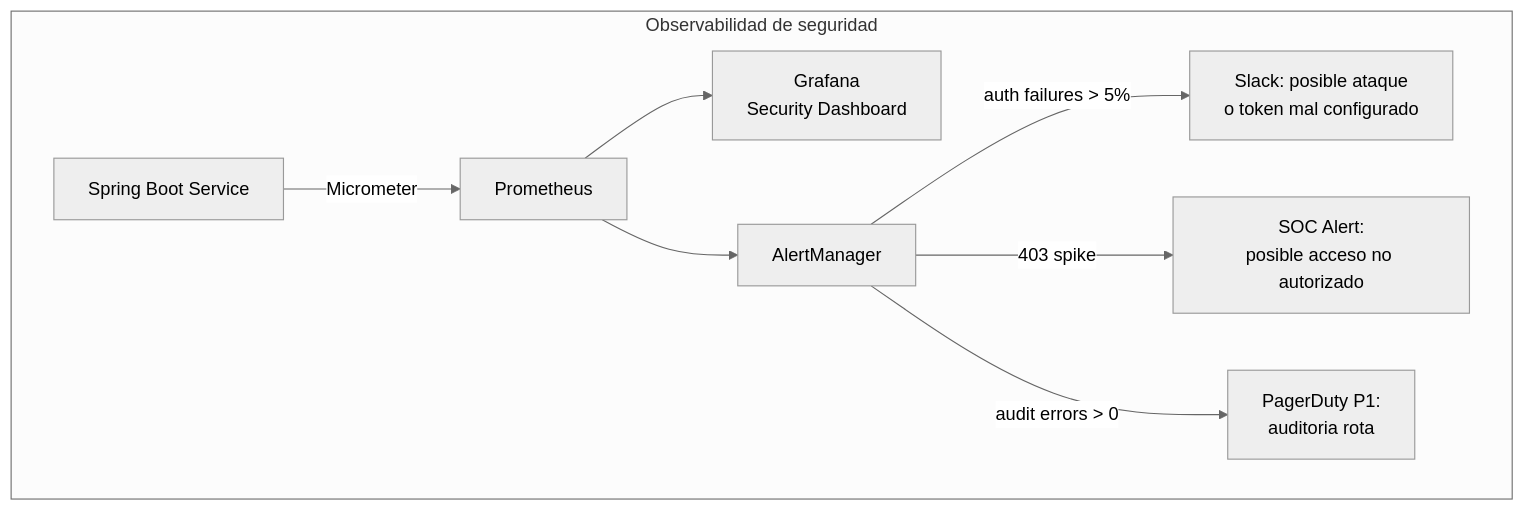
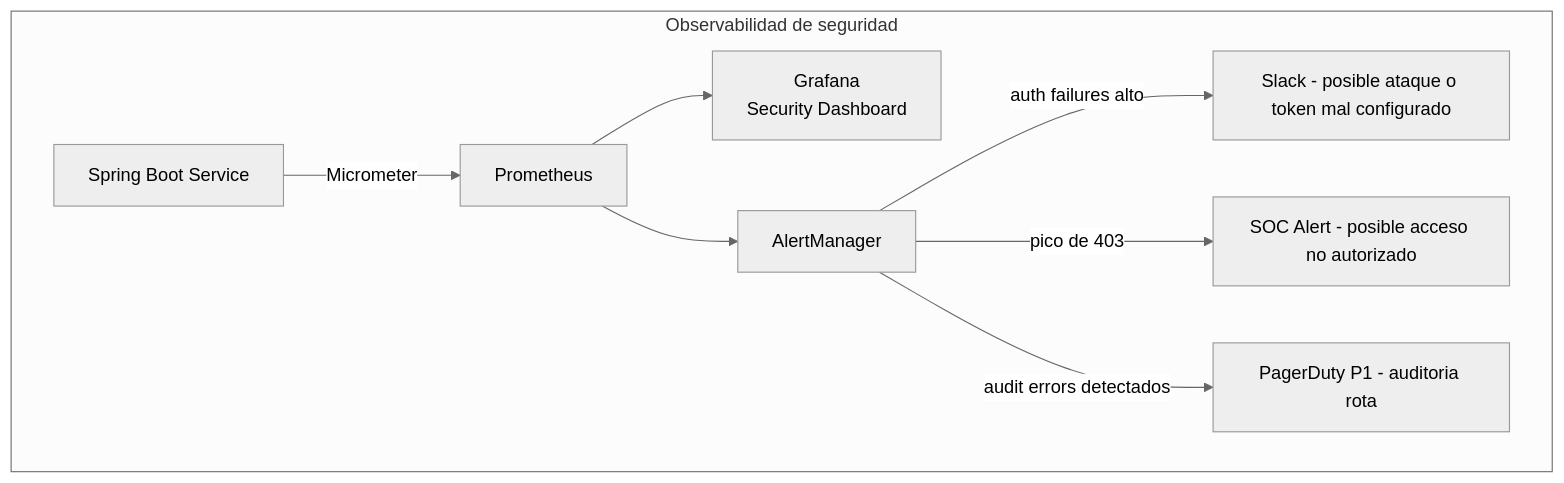
The fourth of 5 diagrams in 03_Spring_Ecosystem/spring_security_6_avanzado_metodo_a_metodo_y_oauth2_resource_server_STAFF.md (Joaquinriosheredia/DAM-Java-Mastery), drawn with Mermaid (neutral theme) before and after one commit.

Commit message:
feat: Spring Security 6 OAuth2 Resource Server ABAC — guía Staff 6 secciones

````diff
--- a/03_Spring_Ecosystem/spring_security_6_avanzado_metodo_a_metodo_y_oauth2_resource_server_STAFF.md
+++ b/03_Spring_Ecosystem/spring_security_6_avanzado_metodo_a_metodo_y_oauth2_resource_server_STAFF.md
@@ -447,11 +447,11 @@
 ```mermaid
 graph TD
     subgraph "Observabilidad de seguridad"
         APP[Spring Boot Service] -->|Micrometer| PROM[Prometheus]
         PROM --> GRAF[Grafana\nSecurity Dashboard]
         PROM --> AM[AlertManager]
-        AM -->|auth failures > 5%| SLACK[Slack: posible ataque\no token mal configurado]
-        AM -->|403 spike| SOC[SOC Alert:\nposible acceso no autorizado]
-        AM -->|audit errors > 0| P1[PagerDuty P1:\nauditoria rota]
+        AM -->|auth failures alto| SLACK[Slack - posible ataque o token mal configurado]
+        AM -->|pico de 403| SOC[SOC Alert - posible acceso no autorizado]
+        AM -->|audit errors detectados| P1[PagerDuty P1 - auditoria rota]
     end
 ```
````
